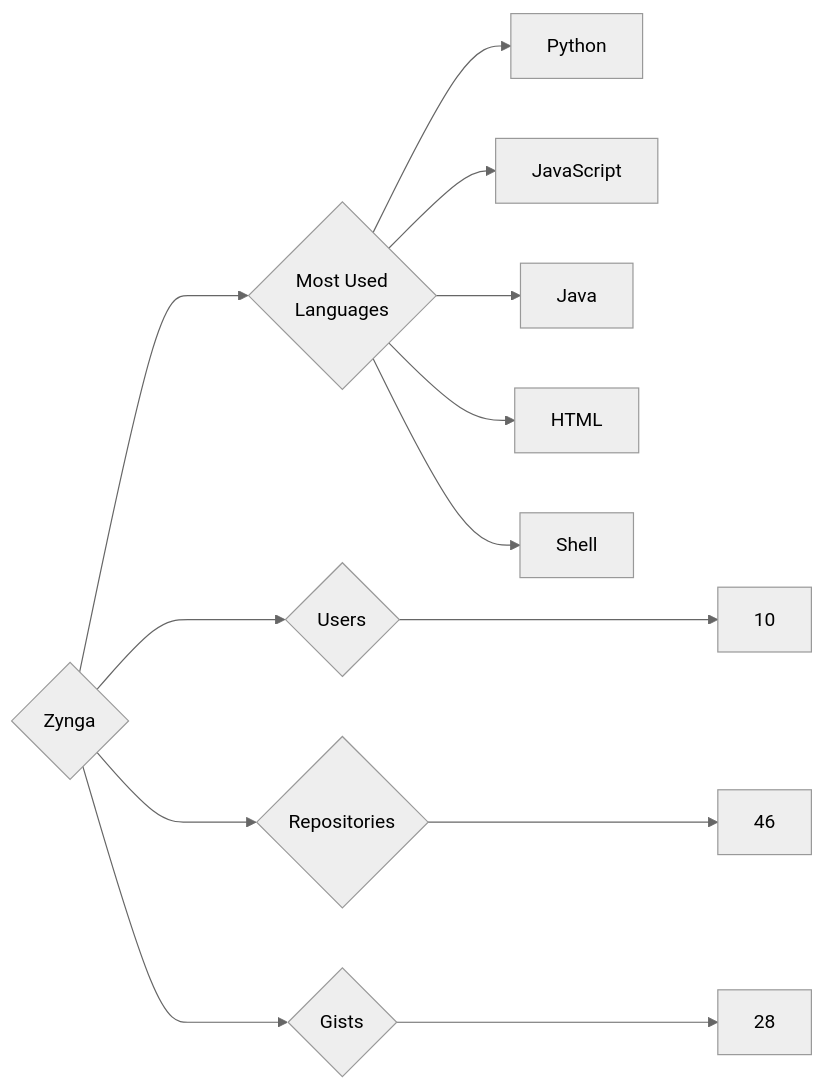
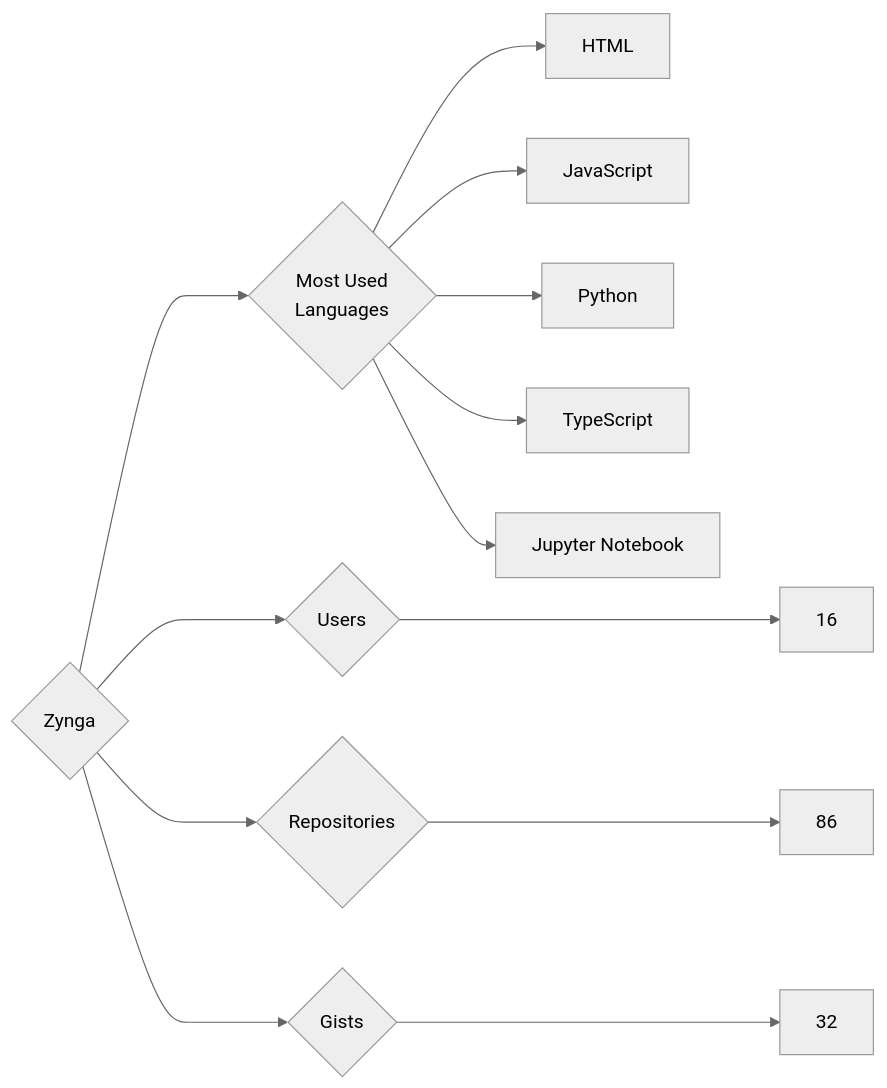
The diagram in targets/Zynga/README.md (trickest/insiders), drawn with Mermaid (neutral theme) before and after one commit. The commit also changed 1484 other files, not shown here.

````diff
--- a/targets/Zynga/README.md
+++ b/targets/Zynga/README.md
@@ -3,13 +3,13 @@
 ```mermaid
 graph LR
 COMPANY_NAME{Zynga}
-COMPANY_NAME ---> U{Users} ---> UN[10]
-COMPANY_NAME ---> R{Repositories} ---> RN[46]
-COMPANY_NAME ---> G{Gists} ---> GN[28]
+COMPANY_NAME ---> U{Users} ---> UN[16]
+COMPANY_NAME ---> R{Repositories} ---> RN[86]
+COMPANY_NAME ---> G{Gists} ---> GN[32]
 COMPANY_NAME ---> ML{Most Used<br>Languages}
+ML --> HTML[HTML]
+ML --> JavaScript[JavaScript]
 ML --> Python[Python]
-ML --> JavaScript[JavaScript]
-ML --> Java[Java]
-ML --> HTML[HTML]
-ML --> Shell[Shell]
+ML --> TypeScript[TypeScript]
+ML --> Jupyter_Notebook[Jupyter Notebook]
 ```
````
